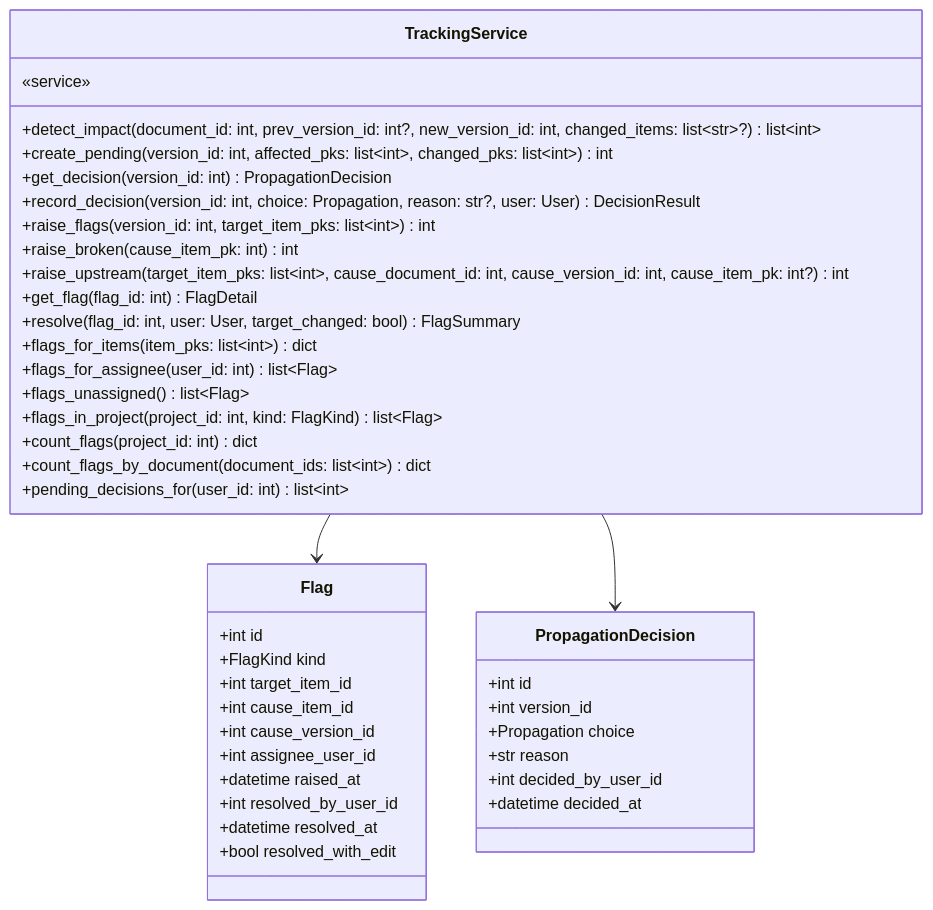
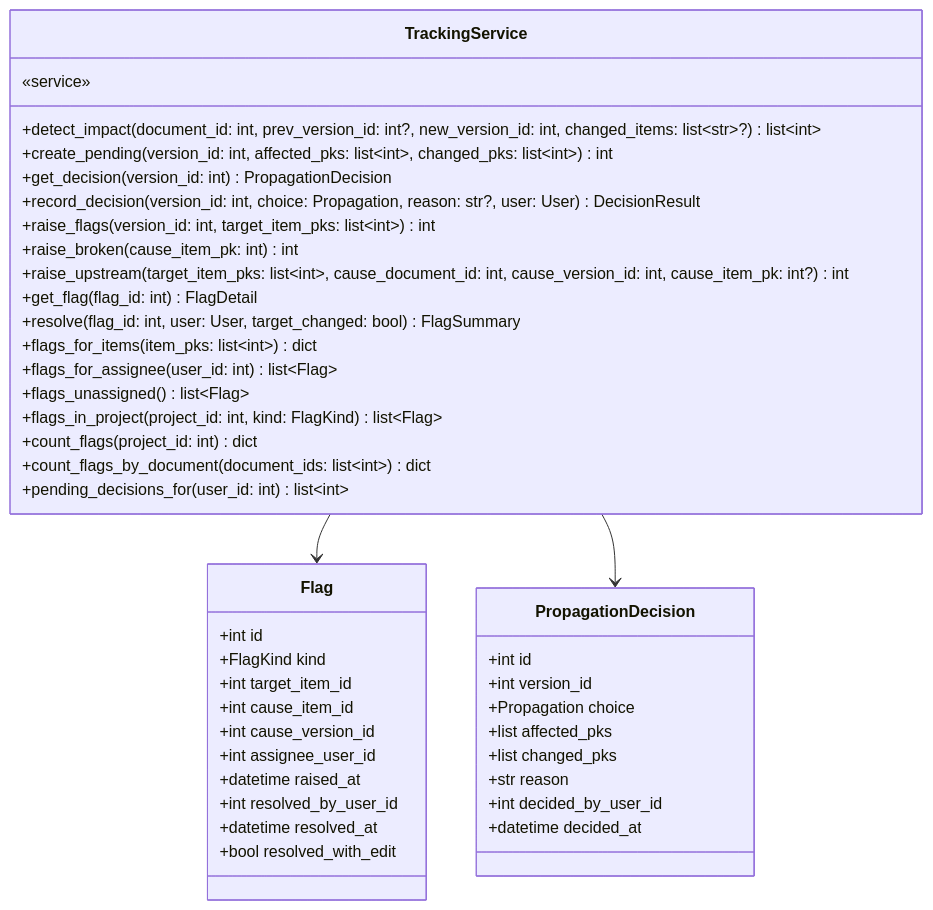
Diagram 18 of 20 in docs/specs/DOM/SYNC-DOM-002.md (HoyoungParkme/syncdoc), drawn with Mermaid before and after one commit. The commit also changed other lines of this file, not shown here.

First line of the commit message:
spec(SYNC-DOM-002): 1장 core/types.py·errors.py 추가, Reference.from_document_id·PropagationDecision.*_pks, async 표기, commit_push 시그니처

````diff
--- a/docs/specs/DOM/SYNC-DOM-002.md
+++ b/docs/specs/DOM/SYNC-DOM-002.md
@@ -687,44 +693,46 @@
 ```mermaid
 classDiagram
     class TrackingService {
         «service»
         +detect_impact(document_id: int, prev_version_id: int?, new_version_id: int, changed_items: list~str~?) list~int~
         +create_pending(version_id: int, affected_pks: list~int~, changed_pks: list~int~) int
         +get_decision(version_id: int) PropagationDecision
         +record_decision(version_id: int, choice: Propagation, reason: str?, user: User) DecisionResult
         +raise_flags(version_id: int, target_item_pks: list~int~) int
         +raise_broken(cause_item_pk: int) int
         +raise_upstream(target_item_pks: list~int~, cause_document_id: int, cause_version_id: int, cause_item_pk: int?) int
         +get_flag(flag_id: int) FlagDetail
         +resolve(flag_id: int, user: User, target_changed: bool) FlagSummary
         +flags_for_items(item_pks: list~int~) dict
         +flags_for_assignee(user_id: int) list~Flag~
         +flags_unassigned() list~Flag~
         +flags_in_project(project_id: int, kind: FlagKind) list~Flag~
         +count_flags(project_id: int) dict
         +count_flags_by_document(document_ids: list~int~) dict
         +pending_decisions_for(user_id: int) list~int~
     }
     class Flag {
         +int id
         +FlagKind kind
         +int target_item_id
         +int cause_item_id
         +int cause_version_id
         +int assignee_user_id
         +datetime raised_at
         +int resolved_by_user_id
         +datetime resolved_at
         +bool resolved_with_edit
     }
     class PropagationDecision {
         +int id
         +int version_id
         +Propagation choice
+        +list affected_pks
+        +list changed_pks
         +str reason
         +int decided_by_user_id
         +datetime decided_at
     }
     TrackingService --> Flag
     TrackingService --> PropagationDecision
 ```
````
